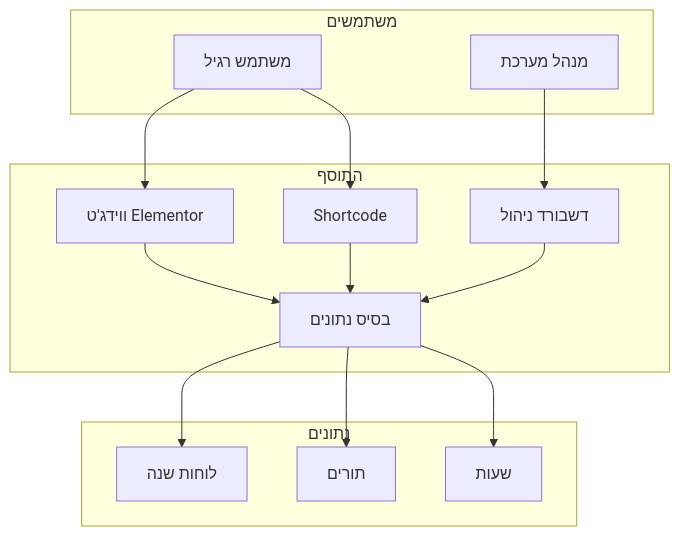
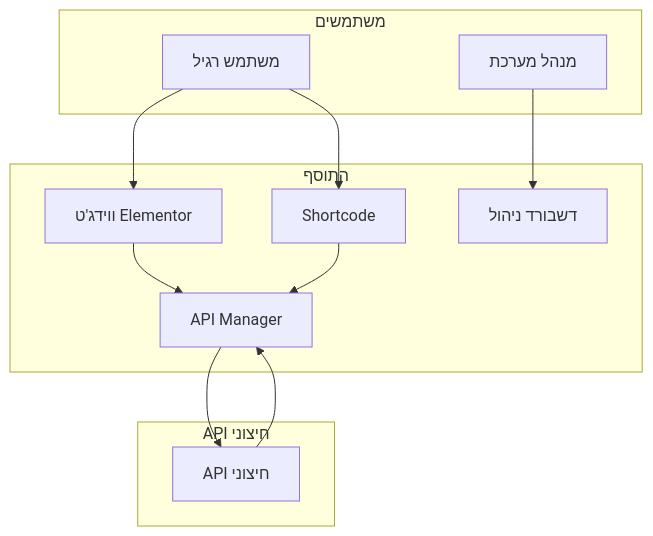
Before and after one commit to OrielBenMoshe/clinic-queue-management: the third of 3 diagrams in docs/SIMPLE_FLOW.md, drawn with Mermaid. The commit also changed other lines of this file and 78 other files, not shown here.

````diff
--- a/docs/SIMPLE_FLOW.md
+++ b/docs/SIMPLE_FLOW.md
@@ -45,32 +44,27 @@
 ```mermaid
 graph TB
     subgraph "משתמשים"
         USER[משתמש רגיל]
         ADMIN[מנהל מערכת]
     end
     
     subgraph "התוסף"
         WIDGET[ווידג'ט Elementor]
         SHORTCODE[Shortcode]
         DASHBOARD[דשבורד ניהול]
-        DATABASE[בסיס נתונים]
+        API_MGR[API Manager]
     end
     
-    subgraph "נתונים"
-        CALENDARS[לוחות שנה]
-        APPOINTMENTS[תורים]
-        TIMES[שעות]
+    subgraph "API חיצוני"
+        EXT_API[API חיצוני]
     end
     
     USER --> WIDGET
     USER --> SHORTCODE
     ADMIN --> DASHBOARD
     
-    WIDGET --> DATABASE
-    SHORTCODE --> DATABASE
-    DASHBOARD --> DATABASE
-    
-    DATABASE --> CALENDARS
-    DATABASE --> APPOINTMENTS
-    DATABASE --> TIMES
+    WIDGET --> API_MGR
+    SHORTCODE --> API_MGR
+    API_MGR --> EXT_API
+    EXT_API --> API_MGR
 ```
````
